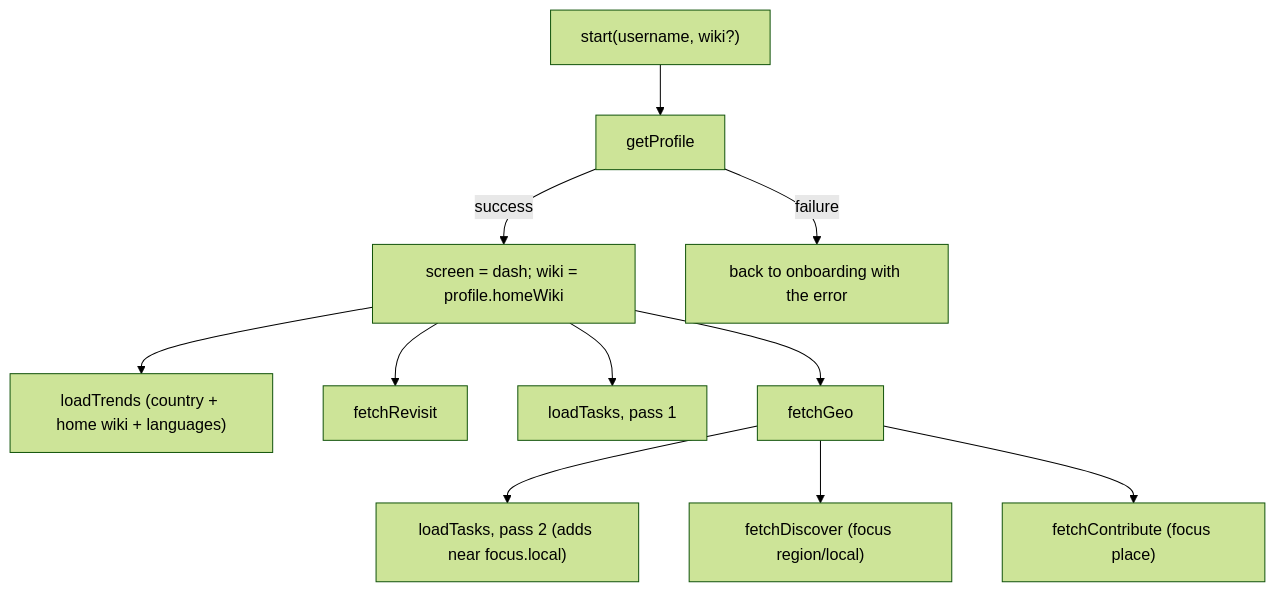
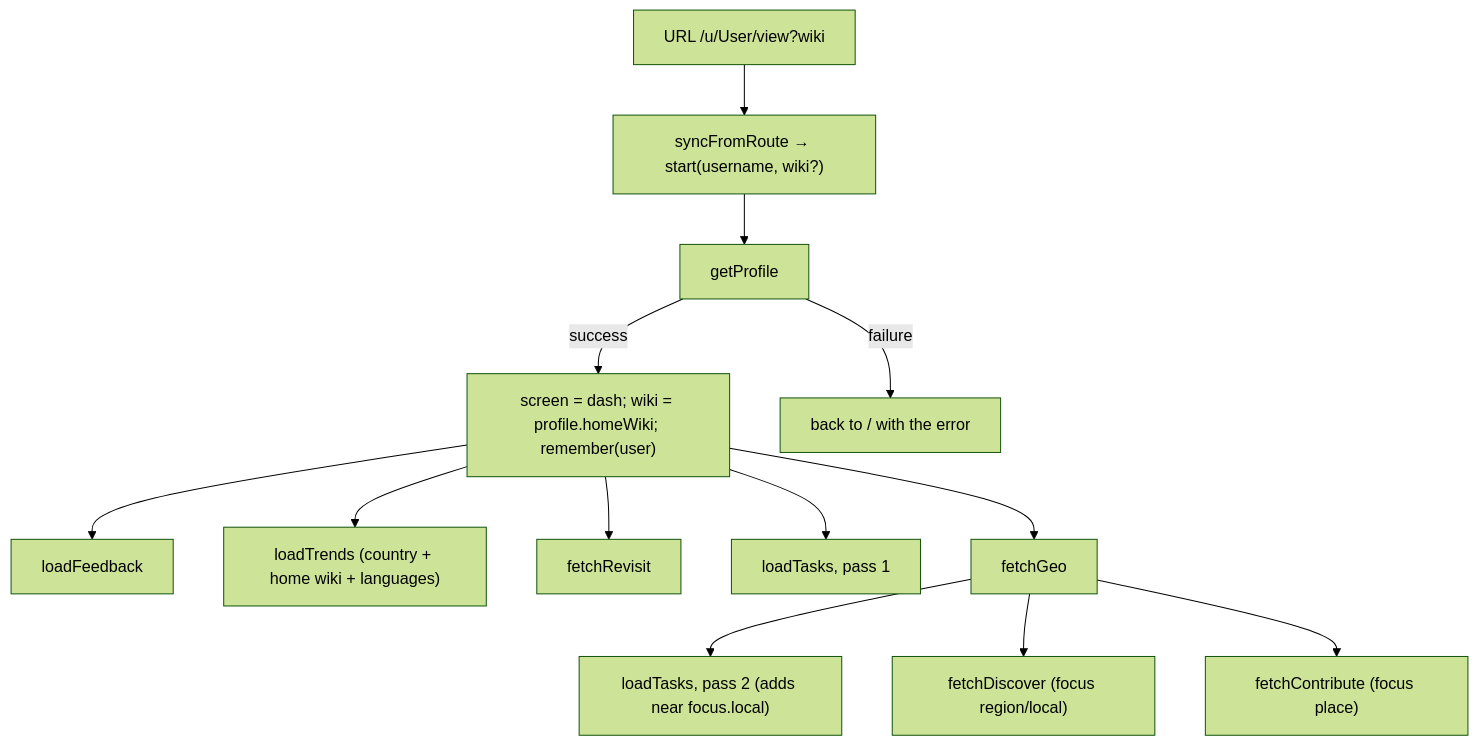
One commit to Wikimedians-of-Kerala-UG-Technical/Compass changed the second of 2 diagrams in wiki/Frontend-State.md. Above: the diagram before and after it, drawn with Mermaid (forest theme). The commit also changed other lines of this file and 21 other files, not shown here.

````diff
--- a/wiki/Frontend-State.md
+++ b/wiki/Frontend-State.md
@@ -51,13 +73,15 @@
 ```mermaid
 flowchart TB
-    A["start(username, wiki?)"] --> B["getProfile"]
-    B -->|success| C["screen = dash; wiki = profile.homeWiki"]
-    B -->|failure| Z["back to onboarding with the error"]
+    U["URL /u/User/view?wiki"] --> A["syncFromRoute → start(username, wiki?)"]
+    A --> B["getProfile"]
+    B -->|success| C["screen = dash; wiki = profile.homeWiki; remember(user)"]
+    B -->|failure| Z["back to / with the error"]
+    C --> E["loadFeedback"]
     C --> D["loadTrends (country + home wiki + languages)"]
     C --> F["fetchRevisit"]
     C --> G["loadTasks, pass 1"]
     C --> H["fetchGeo"]
     H --> I["loadTasks, pass 2 (adds near focus.local)"]
     H --> J["fetchDiscover (focus region/local)"]
     H --> K["fetchContribute (focus place)"]
 ```
````
